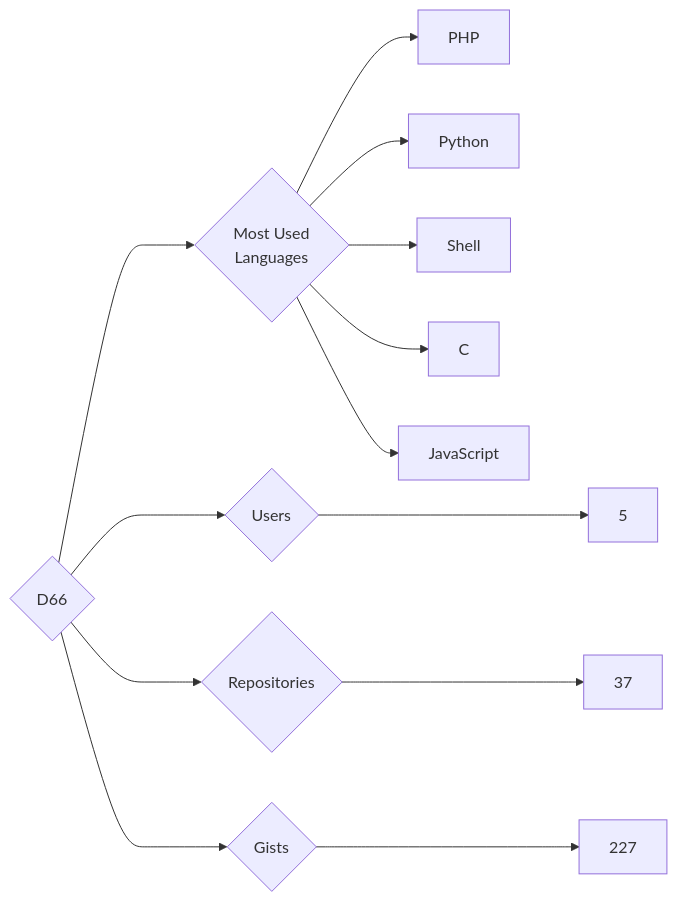
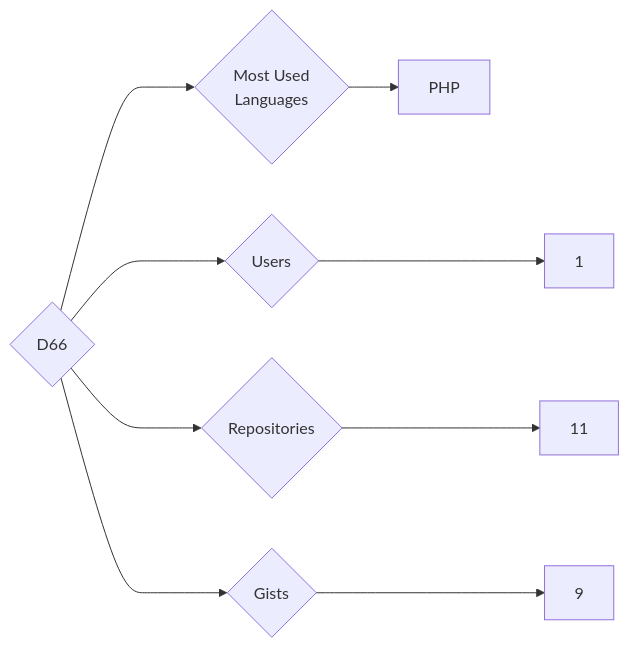
Before and after one commit to trickest/insiders: the diagram in targets/D66/README.md, drawn with Mermaid. The commit also changed 951 other files, not shown here.

````diff
--- a/targets/D66/README.md
+++ b/targets/D66/README.md
@@ -3,13 +3,9 @@
 ```mermaid
 graph LR
 COMPANY_NAME{D66}
-COMPANY_NAME ---> U{Users} ---> UN[5]
-COMPANY_NAME ---> R{Repositories} ---> RN[37]
-COMPANY_NAME ---> G{Gists} ---> GN[227]
+COMPANY_NAME ---> U{Users} ---> UN[1]
+COMPANY_NAME ---> R{Repositories} ---> RN[11]
+COMPANY_NAME ---> G{Gists} ---> GN[9]
 COMPANY_NAME ---> ML{Most Used<br>Languages}
-ML --> PHP
-ML --> Python
-ML --> Shell
-ML --> C
-ML --> JavaScript
+ML --> PHP[PHP]
 ```
````
